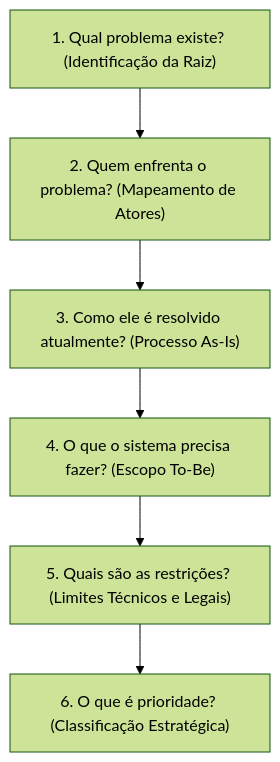
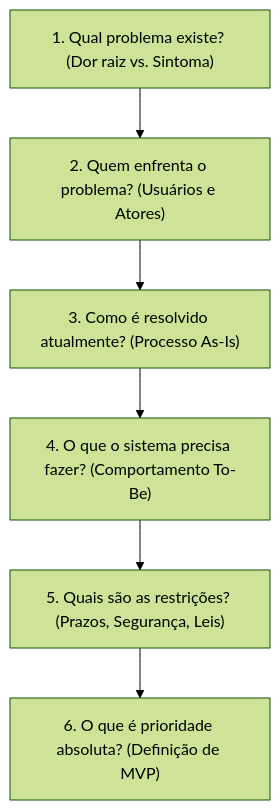
The tenth of 32 diagrams in 4º Semestre/[Prof. Wesley Soares] Engenharia de Software II/Resumos-IA/Caderno-Consolidado.md (murilolol/unifef), drawn with Mermaid (forest theme) before and after one commit. The commit also changed other lines of this file and 10 other files, not shown here.

````diff
--- a/4º Semestre/[Prof. Wesley Soares] Engenharia de Software II/Resumos-IA/Caderno-Consolidado.md
+++ b/4º Semestre/[Prof. Wesley Soares] Engenharia de Software II/Resumos-IA/Caderno-Consolidado.md
@@ -463,8 +449,8 @@
 ```mermaid
 flowchart TD
-    Q1["1. Qual problema existe? (Identificação da Raiz)"] --> Q2["2. Quem enfrenta o problema? (Mapeamento de Atores)"]
-    Q2 --> Q3["3. Como ele é resolvido atualmente? (Processo As-Is)"]
-    Q3 --> Q4["4. O que o sistema precisa fazer? (Escopo To-Be)"]
-    Q4 --> Q5["5. Quais são as restrições? (Limites Técnicos e Legais)"]
-    Q5 --> Q6["6. O que é prioridade? (Classificação Estratégica)"]
+  Q1["1. Qual problema existe? (Dor raiz vs. Sintoma)"] --> Q2["2. Quem enfrenta o problema? (Usuários e Atores)"]
+  Q2 --> Q3["3. Como é resolvido atualmente? (Processo As-Is)"]
+  Q3 --> Q4["4. O que o sistema precisa fazer? (Comportamento To-Be)"]
+  Q4 --> Q5["5. Quais são as restrições? (Prazos, Segurança, Leis)"]
+  Q5 --> Q6["6. O que é prioridade absoluta? (Definição de MVP)"]
 ```
````
